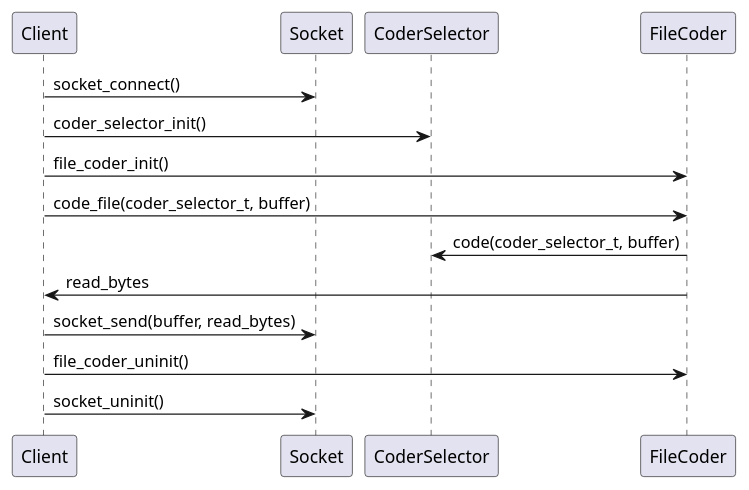
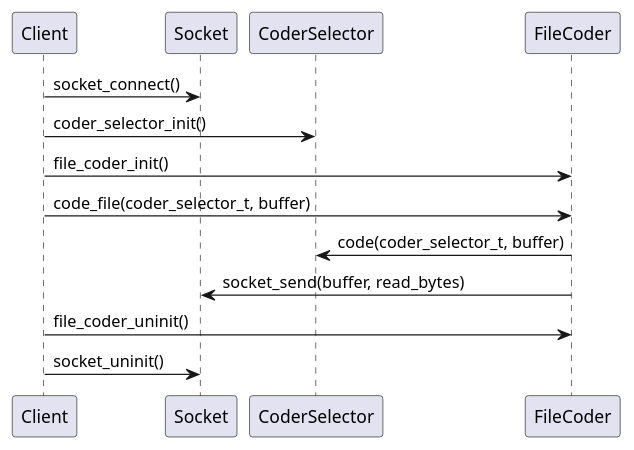
One commit to azulzaietz/TP1-Taller_de_programacion-Cryptosockets changed the second of 3 diagrams in README.md. Above: the diagram before and after it, drawn with PlantUML. The commit also changed other lines of this file, not shown here.

````diff
--- a/README.md
+++ b/README.md
@@ -55,14 +59,13 @@
 ```plantuml
 @startuml
     Client -> Socket : socket_connect()
     Client -> CoderSelector : coder_selector_init()
     Client -> FileCoder : file_coder_init()
     Client -> FileCoder: code_file(coder_selector_t, buffer)
     FileCoder -> CoderSelector : code(coder_selector_t, buffer)
-    FileCoder -> Client : read_bytes
-    Client -> Socket : socket_send(buffer, read_bytes)
+    FileCoder -> Socket : socket_send(buffer, read_bytes)
     Client -> FileCoder : file_coder_uninit()
     Client -> Socket : socket_uninit()
     
 @enduml
 ```
````
